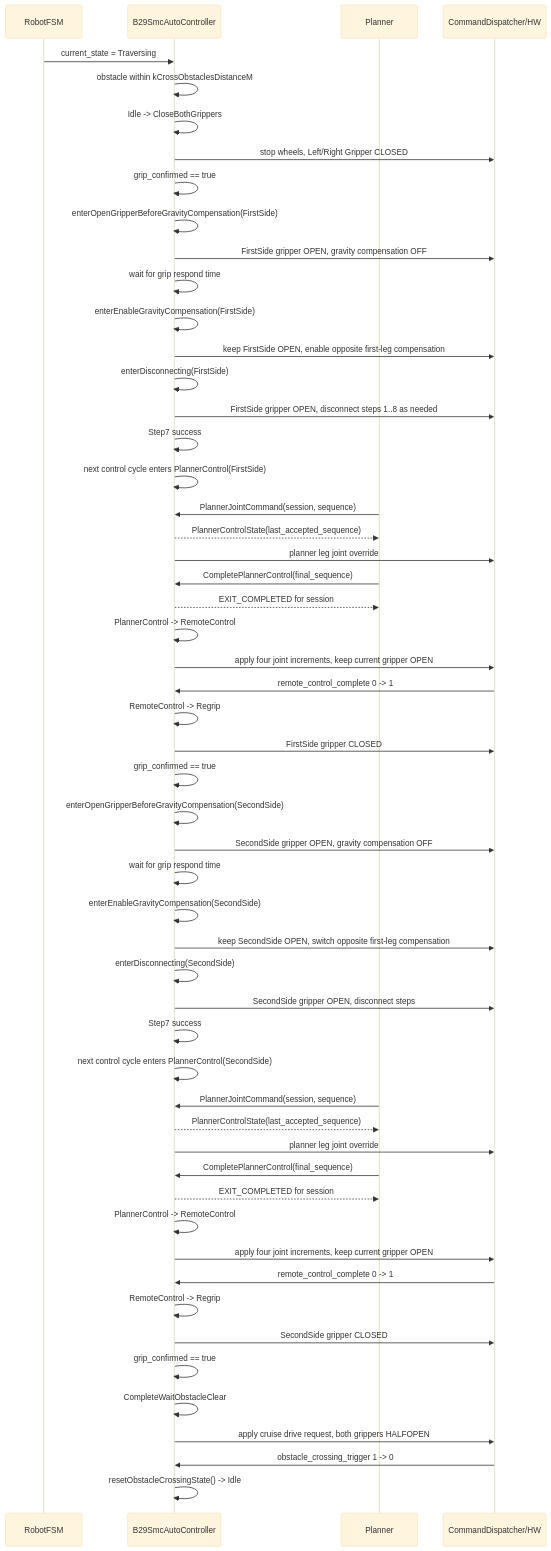
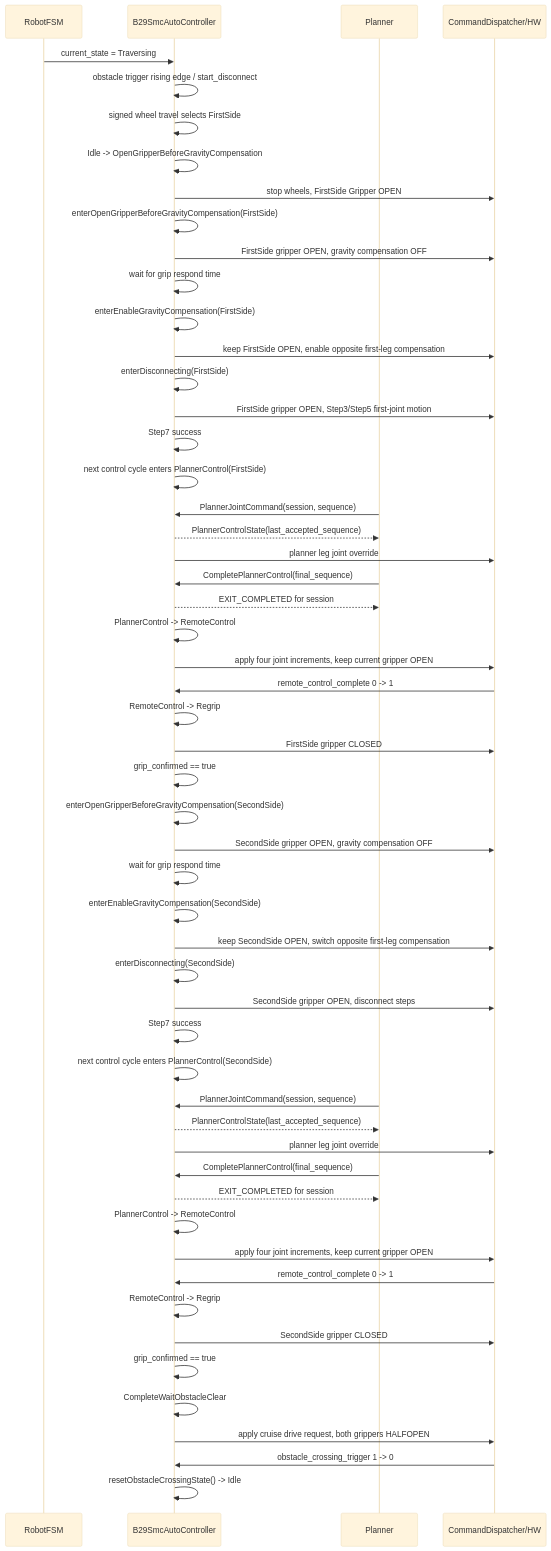
Diagram 11 of 12 in b29_controllers/b29_smc_auto_controller/OBSTACLE_CROSSING_WORKFLOW.md (major173/b29_control), drawn with Mermaid (base theme) before and after one commit. The commit also changed other lines of this file and 52 other files, not shown here.

````diff
--- a/b29_controllers/b29_smc_auto_controller/OBSTACLE_CROSSING_WORKFLOW.md
+++ b/b29_controllers/b29_smc_auto_controller/OBSTACLE_CROSSING_WORKFLOW.md
@@ -755,57 +715,57 @@
 ```mermaid
 sequenceDiagram
   participant RFSM as RobotFSM
   participant CTRL as B29SmcAutoController
   participant PLAN as Planner
   participant HW as CommandDispatcher/HW
 
   RFSM->>CTRL: current_state = Traversing
-  CTRL->>CTRL: obstacle within kCrossObstaclesDistanceM
-  CTRL->>CTRL: Idle -> CloseBothGrippers
-  CTRL->>HW: stop wheels, Left/Right Gripper CLOSED
-  CTRL->>CTRL: grip_confirmed == true
+  CTRL->>CTRL: obstacle trigger rising edge / start_disconnect
+  CTRL->>CTRL: signed wheel travel selects FirstSide
+  CTRL->>CTRL: Idle -> OpenGripperBeforeGravityCompensation
+  CTRL->>HW: stop wheels, FirstSide Gripper OPEN
   CTRL->>CTRL: enterOpenGripperBeforeGravityCompensation(FirstSide)
   CTRL->>HW: FirstSide gripper OPEN, gravity compensation OFF
   CTRL->>CTRL: wait for grip respond time
   CTRL->>CTRL: enterEnableGravityCompensation(FirstSide)
   CTRL->>HW: keep FirstSide OPEN, enable opposite first-leg compensation
   CTRL->>CTRL: enterDisconnecting(FirstSide)
-  CTRL->>HW: FirstSide gripper OPEN, disconnect steps 1..8 as needed
+  CTRL->>HW: FirstSide gripper OPEN, Step3/Step5 first-joint motion
   CTRL->>CTRL: Step7 success
   CTRL->>CTRL: next control cycle enters PlannerControl(FirstSide)
   PLAN->>CTRL: PlannerJointCommand(session, sequence)
   CTRL-->>PLAN: PlannerControlState(last_accepted_sequence)
   CTRL->>HW: planner leg joint override
   PLAN->>CTRL: CompletePlannerControl(final_sequence)
   CTRL-->>PLAN: EXIT_COMPLETED for session
   CTRL->>CTRL: PlannerControl -> RemoteControl
   CTRL->>HW: apply four joint increments, keep current gripper OPEN
   HW->>CTRL: remote_control_complete 0 -> 1
   CTRL->>CTRL: RemoteControl -> Regrip
   CTRL->>HW: FirstSide gripper CLOSED
   CTRL->>CTRL: grip_confirmed == true
   CTRL->>CTRL: enterOpenGripperBeforeGravityCompensation(SecondSide)
   CTRL->>HW: SecondSide gripper OPEN, gravity compensation OFF
   CTRL->>CTRL: wait for grip respond time
   CTRL->>CTRL: enterEnableGravityCompensation(SecondSide)
   CTRL->>HW: keep SecondSide OPEN, switch opposite first-leg compensation
   CTRL->>CTRL: enterDisconnecting(SecondSide)
   CTRL->>HW: SecondSide gripper OPEN, disconnect steps
   CTRL->>CTRL: Step7 success
   CTRL->>CTRL: next control cycle enters PlannerControl(SecondSide)
   PLAN->>CTRL: PlannerJointCommand(session, sequence)
   CTRL-->>PLAN: PlannerControlState(last_accepted_sequence)
   CTRL->>HW: planner leg joint override
   PLAN->>CTRL: CompletePlannerControl(final_sequence)
   CTRL-->>PLAN: EXIT_COMPLETED for session
   CTRL->>CTRL: PlannerControl -> RemoteControl
   CTRL->>HW: apply four joint increments, keep current gripper OPEN
   HW->>CTRL: remote_control_complete 0 -> 1
   CTRL->>CTRL: RemoteControl -> Regrip
   CTRL->>HW: SecondSide gripper CLOSED
   CTRL->>CTRL: grip_confirmed == true
   CTRL->>CTRL: CompleteWaitObstacleClear
   CTRL->>HW: apply cruise drive request, both grippers HALFOPEN
   HW->>CTRL: obstacle_crossing_trigger 1 -> 0
   CTRL->>CTRL: resetObstacleCrossingState() -> Idle
 ```
````
